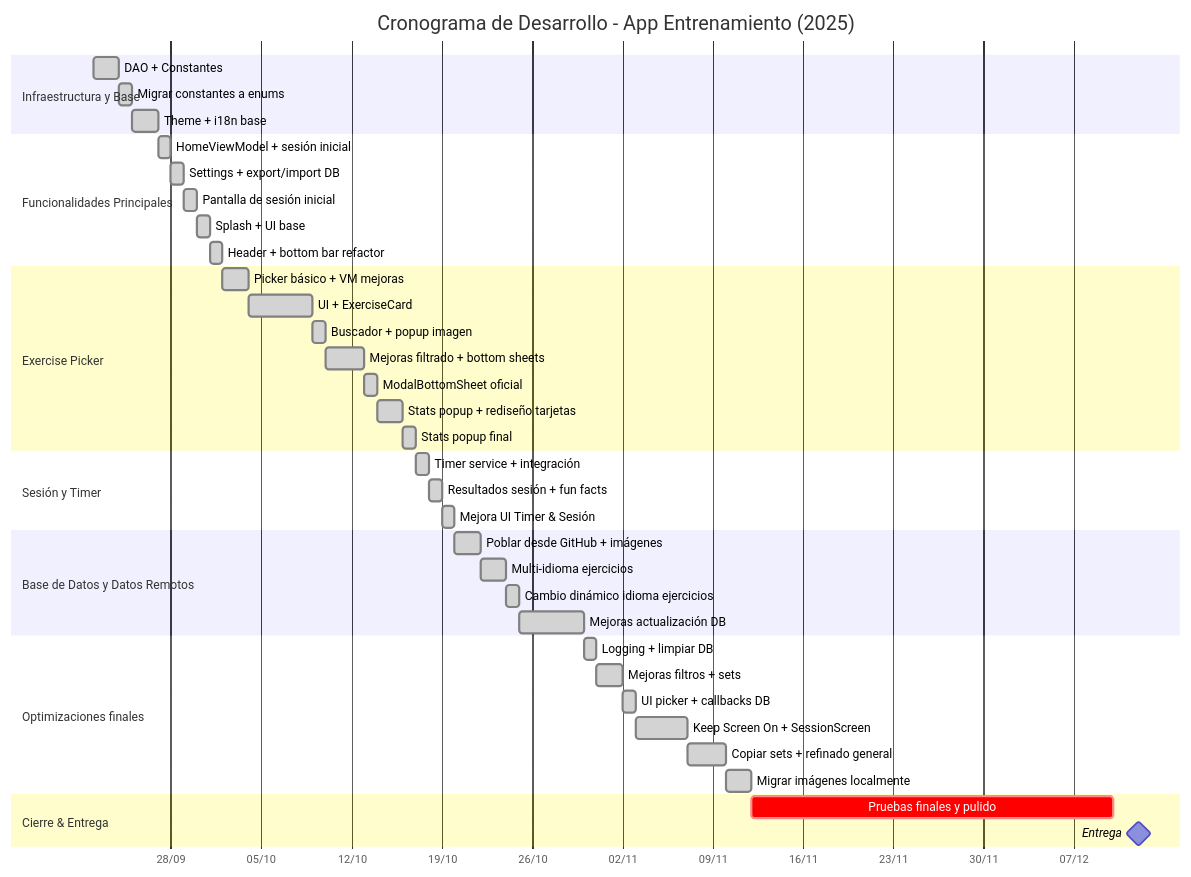
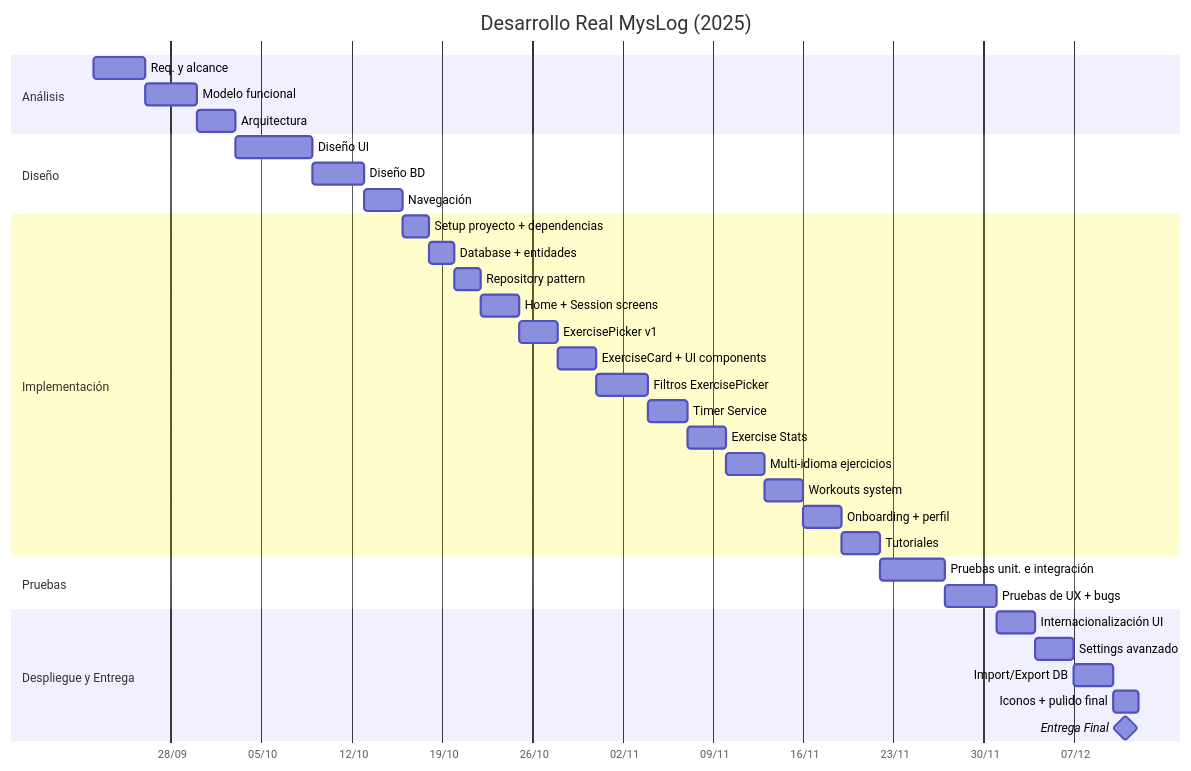
Before and after one commit to darlber/Vault: the diagram in Project/Gantt post.md, drawn with Mermaid. The commit also changed 1 other file, not shown here.

Commit message:
vault backup: 2025-11-29 22:13:32

````diff
--- a/Project/Gantt post.md
+++ b/Project/Gantt post.md
@@ -1,50 +1,83 @@
 ```mermaid
 gantt
-    title Cronograma de Desarrollo - App Entrenamiento (2025)
-    dateFormat  YYYY-MM-DD
-    axisFormat  %d/%m
-	todayMarker off
-    section Infraestructura y Base
-    DAO + Constantes                    :done, a1, 2025-09-22, 2d
-    Migrar constantes a enums           :done, a2, 2025-09-24, 1d
-    Theme + i18n base                   :done, a3, 2025-09-25, 2d
 
-    section Funcionalidades Principales
-    HomeViewModel + sesión inicial      :done, b1, 2025-09-27, 1d
-    Settings + export/import DB         :done, b2, 2025-09-28, 1d
-    Pantalla de sesión inicial          :done, b3, 2025-09-29, 1d
-    Splash + UI base                    :done, b4, 2025-09-30, 1d
-    Header + bottom bar refactor        :done, b5, 2025-10-01, 1d
+    title Desarrollo Real MysLog (2025)
 
-    section Exercise Picker
-    Picker básico + VM mejoras          :done, c1, 2025-10-02, 2d
-    UI + ExerciseCard                   :done, c2, 2025-10-04, 5d
-    Buscador + popup imagen             :done, c3, 2025-10-09, 1d
-    Mejoras filtrado + bottom sheets    :done, c4, 2025-10-10, 3d
-    ModalBottomSheet oficial            :done, c5, 2025-10-13, 1d
-    Stats popup + rediseño tarjetas     :done, c6, 2025-10-14, 2d
-    Stats popup final                   :done, c7, 2025-10-16, 1d
+    dateFormat  YYYY-MM-DD
 
-    section Sesión y Timer
-    Timer service + integración         :done, d1, 2025-10-17, 1d
-    Resultados sesión + fun facts       :done, d2, 2025-10-18, 1d
-    Mejora UI Timer & Sesión            :done, d3, 2025-10-19, 1d
+    axisFormat  %d/%m
 
-    section Base de Datos y Datos Remotos
-    Poblar desde GitHub + imágenes      :done, e1, 2025-10-20, 2d
-    Multi-idioma ejercicios             :done, e2, 2025-10-22, 2d
-    Cambio dinámico idioma ejercicios   :done, e3, 2025-10-24, 1d
-    Mejoras actualización DB            :done, e4, 2025-10-25, 5d
+    todayMarker off
 
-    section Optimizaciones finales
-    Logging + limpiar DB                :done, f1, 2025-10-30, 1d
-    Mejoras filtros + sets              :done, f2, 2025-10-31, 2d
-    UI picker + callbacks DB            :done, f3, 2025-11-02, 1d
-    Keep Screen On + SessionScreen      :done, f4, 2025-11-03, 4d
-    Copiar sets + refinado general      :done, f5, 2025-11-07, 3d
-    Migrar imágenes localmente          :done, f6, 2025-11-10, 2d
+  
 
-    section Cierre & Entrega
-    Pruebas finales y pulido            :crit, g1, 2025-11-12, 28d
-    Entrega                             :milestone, g2, 2025-12-12, 0d
+    section Análisis
+
+    Req. y alcance     : 2025-09-22, 4d
+
+    Modelo funcional    : 2025-09-26, 4d
+
+    Arquitectura    : 2025-09-30, 3d
+
+  
+
+    section Diseño
+
+    Diseño UI          : 2025-10-03, 6d
+
+    Diseño BD        : 2025-10-09, 4d
+
+    Navegación    : 2025-10-13, 3d
+
+  
+
+    section Implementación
+
+    Setup proyecto + dependencias : 2025-10-16, 2d
+
+    Database + entidades : 2025-10-18, 2d
+
+    Repository pattern : 2025-10-20, 2d
+
+    Home + Session screens : 2025-10-22, 3d
+
+    ExercisePicker v1 : 2025-10-25, 3d
+
+    ExerciseCard + UI components : 2025-10-28, 3d
+
+    Filtros ExercisePicker : 2025-10-31, 4d
+
+    Timer Service : 2025-11-04, 3d
+
+    Exercise Stats : 2025-11-07, 3d
+
+    Multi-idioma ejercicios : 2025-11-10, 3d
+
+    Workouts system : 2025-11-13, 3d
+
+    Onboarding + perfil : 2025-11-16, 3d
+
+    Tutoriales : 2025-11-19, 3d
+
+  
+
+    section Pruebas
+
+    Pruebas unit. e integración  : 2025-11-22, 5d
+
+    Pruebas de UX + bugs    : 2025-11-27, 4d
+
+  
+
+    section Despliegue y Entrega
+
+    Internacionalización UI : 2025-12-01, 3d
+
+    Settings avanzado : 2025-12-04, 3d
+
+    Import/Export DB : 2025-12-07, 3d
+
+    Iconos + pulido final : 2025-12-10, 2d
+
+    Entrega Final :milestone, 2025-12-11, 0d
 ```
````
